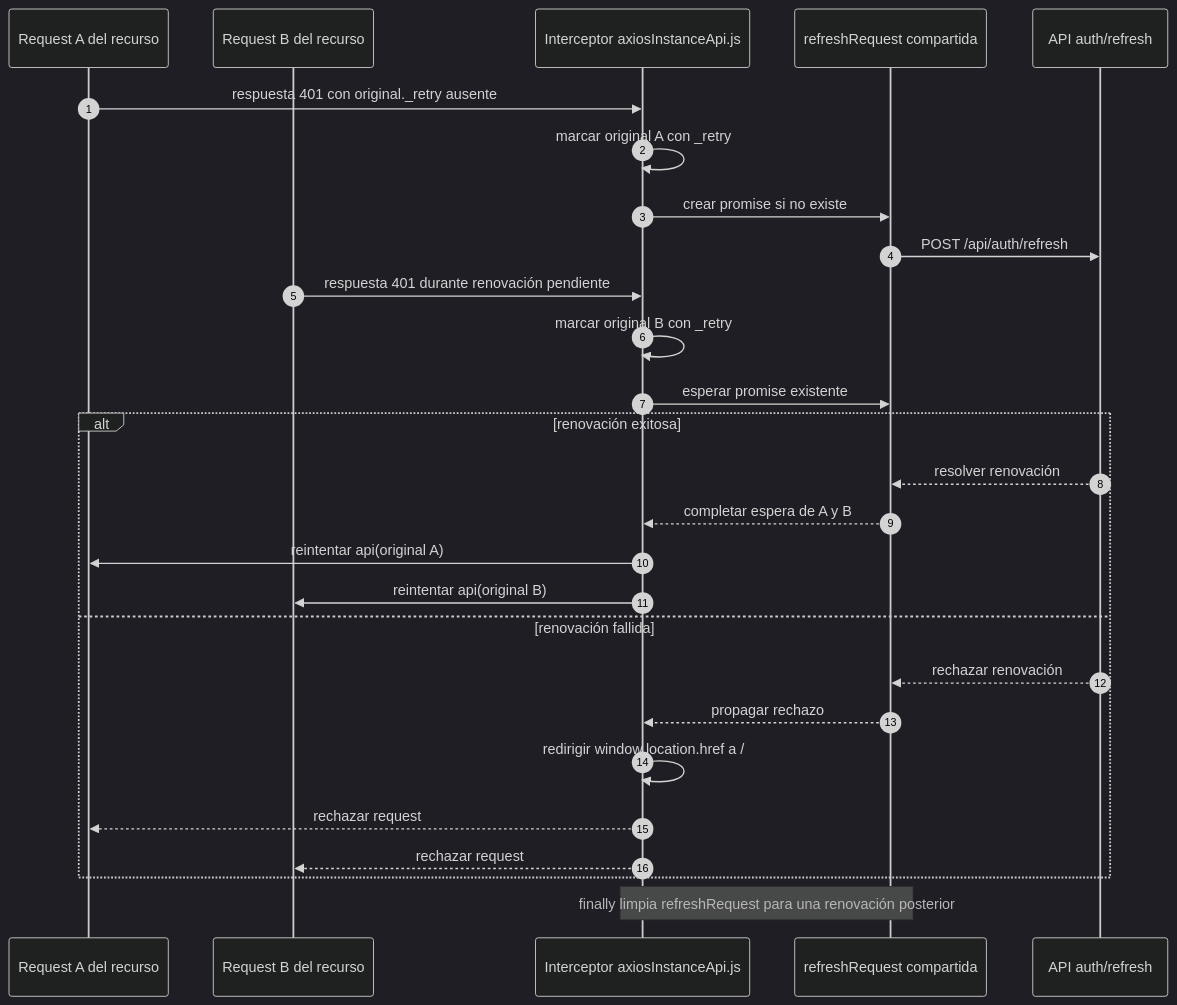
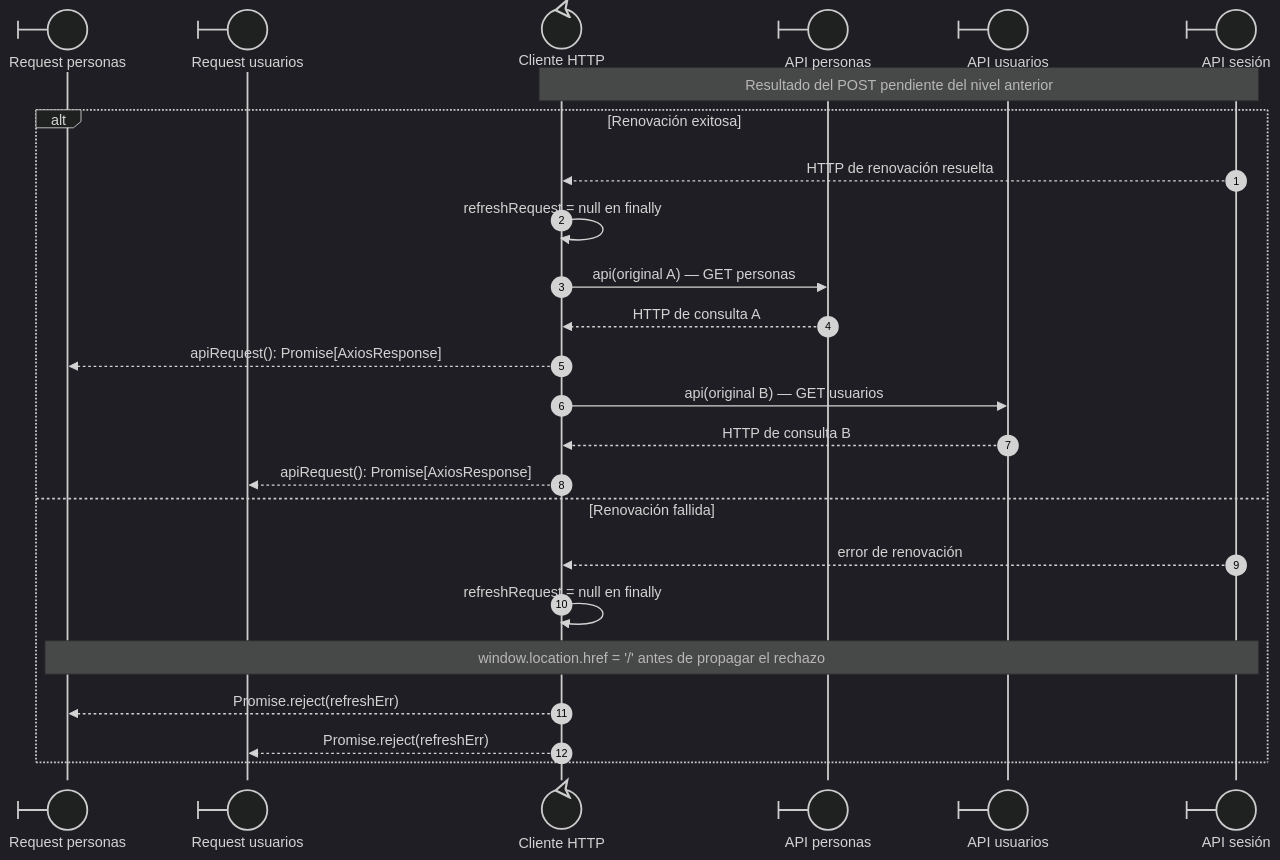
One commit to gpgsistemas01/nexus changed the fourth of 4 diagrams in docs/architecture/views/processes/shared-runtime-behavior/02-browser-session-and-form-state.md. Above: the diagram before and after it, drawn with Mermaid (dark theme). The commit also changed other lines of this file and 191 other files, not shown here.

Commit message:
docs: trace sequence lifelines to distinct implementation files

````diff
--- a/docs/architecture/views/processes/shared-runtime-behavior/02-browser-session-and-form-state.md
+++ b/docs/architecture/views/processes/shared-runtime-behavior/02-browser-session-and-form-state.md
@@ -84,29 +139,28 @@
 ```mermaid
 sequenceDiagram
     autonumber
-    participant A as Request A del recurso
-    participant B as Request B del recurso
-    participant Api as Interceptor axiosInstanceApi.js
-    participant Refresh as refreshRequest compartida
-    participant Server as API auth/refresh
-    A->>Api: respuesta 401 con original._retry ausente
-    Api->>Api: marcar original A con _retry
-    Api->>Refresh: crear promise si no existe
-    Refresh->>Server: POST /api/auth/refresh
-    B->>Api: respuesta 401 durante renovación pendiente
-    Api->>Api: marcar original B con _retry
-    Api->>Refresh: esperar promise existente
-    alt renovación exitosa
-        Server-->>Refresh: resolver renovación
-        Refresh-->>Api: completar espera de A y B
-        Api->>A: reintentar api(original A)
-        Api->>B: reintentar api(original B)
-    else renovación fallida
-        Server-->>Refresh: rechazar renovación
-        Refresh-->>Api: propagar rechazo
-        Api->>Api: redirigir window.location.href a /
-        Api-->>A: rechazar request
-        Api-->>B: rechazar request
+    participant A@{ "type": "boundary" } as Request personas
+    participant B@{ "type": "boundary" } as Request usuarios
+    participant Api@{ "type": "control" } as Cliente HTTP
+    participant PersonsRouter@{ "type": "boundary" } as API personas
+    participant UsersRouter@{ "type": "boundary" } as API usuarios
+    participant AuthRouter@{ "type": "boundary" } as API sesión
+
+    Note over Api,AuthRouter: Resultado del POST pendiente del nivel anterior
+    alt Renovación exitosa
+        AuthRouter-->>Api: HTTP de renovación resuelta
+        Api->>Api: refreshRequest = null en finally
+        Api->>PersonsRouter: api(original A) — GET personas
+        PersonsRouter-->>Api: HTTP de consulta A
+        Api-->>A: apiRequest(): Promise[AxiosResponse]
+        Api->>UsersRouter: api(original B) — GET usuarios
+        UsersRouter-->>Api: HTTP de consulta B
+        Api-->>B: apiRequest(): Promise[AxiosResponse]
+    else Renovación fallida
+        AuthRouter-->>Api: error de renovación
+        Api->>Api: refreshRequest = null en finally
+        Note over A,AuthRouter: window.location.href = '/' antes de propagar el rechazo
+        Api-->>A: Promise.reject(refreshErr)
+        Api-->>B: Promise.reject(refreshErr)
     end
-    Note over Api,Refresh: finally limpia refreshRequest para una renovación posterior
 ```
````
